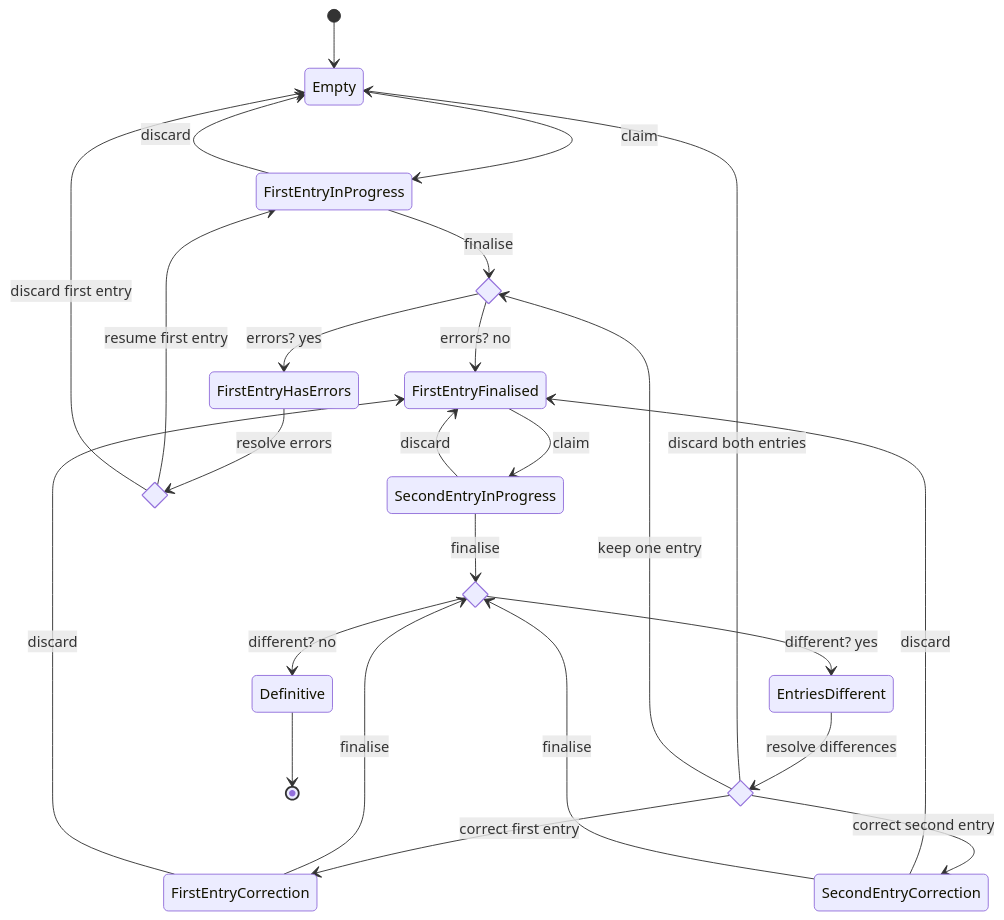
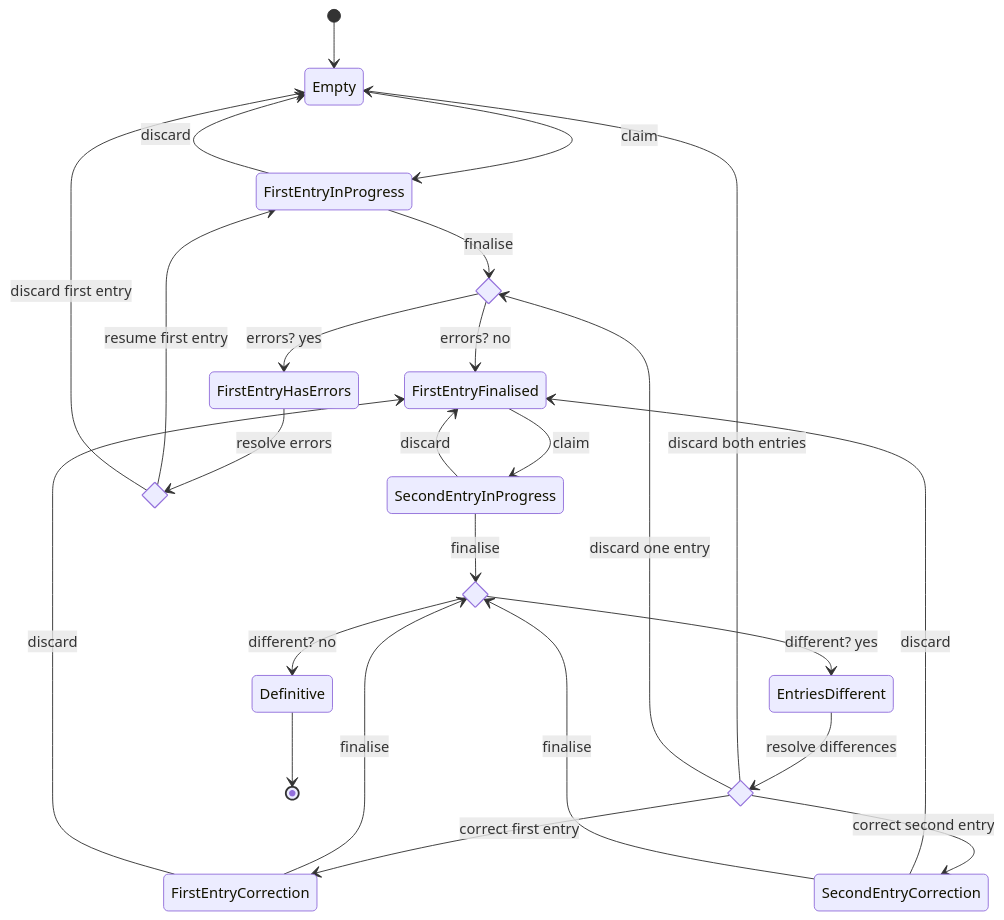
The diagram in documentatie/state-machines/data-entry-state.md (kiesraad/abacus), drawn with Mermaid before and after one commit. The commit also changed other lines of this file, not shown here.

Commit message:
Update text, rename choices to resolve_differences and resolve_errors to make it more clear.

````diff
--- a/documentatie/state-machines/data-entry-state.md
+++ b/documentatie/state-machines/data-entry-state.md
@@ -17,38 +17,38 @@
 ```mermaid
 stateDiagram-v2
   [*] --> Empty
   Empty --> FirstEntryInProgress: claim
 
   state first_has_errors <<choice>>
   FirstEntryInProgress --> first_has_errors: finalise
   FirstEntryInProgress --> Empty: discard
   first_has_errors --> FirstEntryFinalised: errors? no
   first_has_errors --> FirstEntryHasErrors: errors? yes
 
   FirstEntryFinalised --> SecondEntryInProgress: claim
   SecondEntryInProgress --> FirstEntryFinalised: discard
 
-  state first_resolve_errors <<choice>>
-  FirstEntryHasErrors --> first_resolve_errors: resolve errors
-  first_resolve_errors --> FirstEntryInProgress: resume first entry
-  first_resolve_errors --> Empty: discard first entry
+  state resolve_errors <<choice>>
+  FirstEntryHasErrors --> resolve_errors: resolve errors
+  resolve_errors --> FirstEntryInProgress: resume first entry
+  resolve_errors --> Empty: discard first entry
   
   state is_different <<choice>>
   SecondEntryInProgress --> is_different: finalise
   is_different --> EntriesDifferent: different? yes
   is_different --> Definitive: different? no
   
-  state resolve <<choice>>
-  EntriesDifferent --> resolve: resolve differences
-  resolve --> Empty: discard both entries
-  resolve --> first_has_errors: keep one entry
-  resolve --> FirstEntryCorrection: correct first entry
-  resolve --> SecondEntryCorrection: correct second entry
+  state resolve_differences <<choice>>
+  EntriesDifferent --> resolve_differences: resolve differences
+  resolve_differences --> Empty: discard both entries
+  resolve_differences --> first_has_errors: discard one entry
+  resolve_differences --> FirstEntryCorrection: correct first entry
+  resolve_differences --> SecondEntryCorrection: correct second entry
 
   FirstEntryCorrection --> is_different: finalise
   FirstEntryCorrection --> FirstEntryFinalised: discard
   SecondEntryCorrection --> FirstEntryFinalised: discard
   SecondEntryCorrection --> is_different: finalise
 
   Definitive --> [*]
 ```
````
